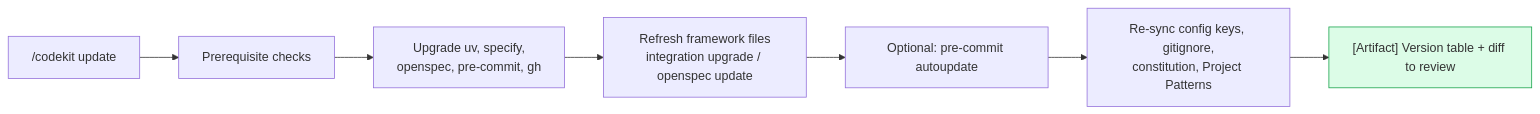
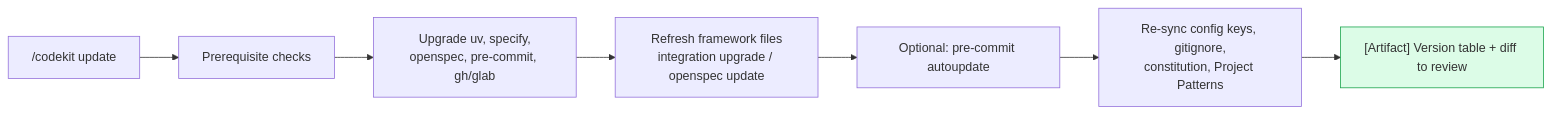
The third of 5 diagrams in docs/USAGE_FLOW.md (TheLampshady/codekit), drawn with Mermaid before and after one commit. The commit also changed other lines of this file and 46 other files, not shown here.

````diff
--- a/docs/USAGE_FLOW.md
+++ b/docs/USAGE_FLOW.md
@@ -110,11 +110,11 @@
 ```mermaid
 flowchart LR
     U["/codekit update"] --> P[Prerequisite checks]
-    P --> T[Upgrade uv, specify,<br/>openspec, pre-commit, gh]
+    P --> T[Upgrade uv, specify,<br/>openspec, pre-commit, gh/glab]
     T --> R[Refresh framework files<br/>integration upgrade / openspec update]
     R --> H[Optional: pre-commit autoupdate]
     H --> S[Re-sync config keys, gitignore,<br/>constitution, Project Patterns]
     S --> D["[Artifact] Version table + diff to review"]
 
     style D fill:#dcfce7,stroke:#16a34a
 ```
````
